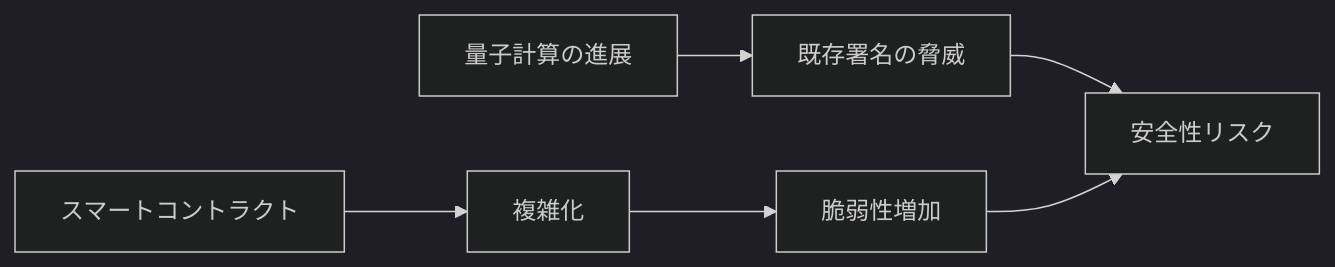
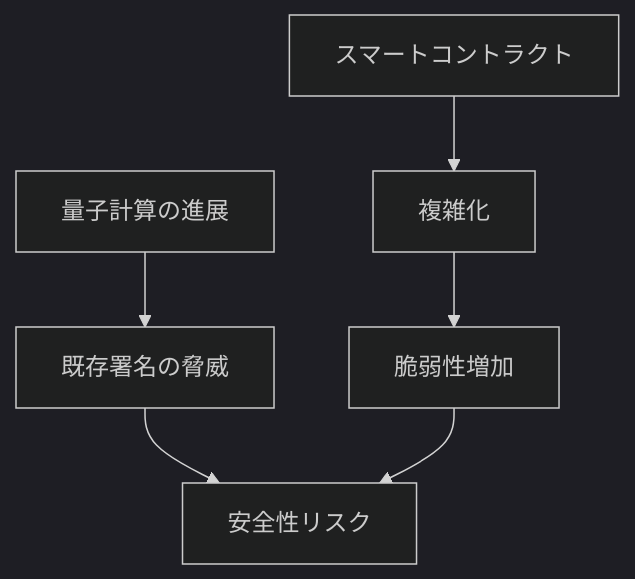
One commit to NyxFoundation/presentation-agent changed the diagram in slides/SL08.md. Above: the diagram before and after it, drawn with Mermaid (dark theme). The commit also changed other lines of this file and 6 other files, not shown here.

````diff
--- a/slides/SL08.md
+++ b/slides/SL08.md
@@ -8,8 +10,8 @@
 ```mermaid {scale: 0.85}
-flowchart LR
+flowchart TD
   Q[量子計算の進展] --> T[既存署名の脅威]
   S[スマートコントラクト] --> V[複雑化]
   V --> B[脆弱性増加]
   T --> R[安全性リスク]
   B --> R
 ```
````
